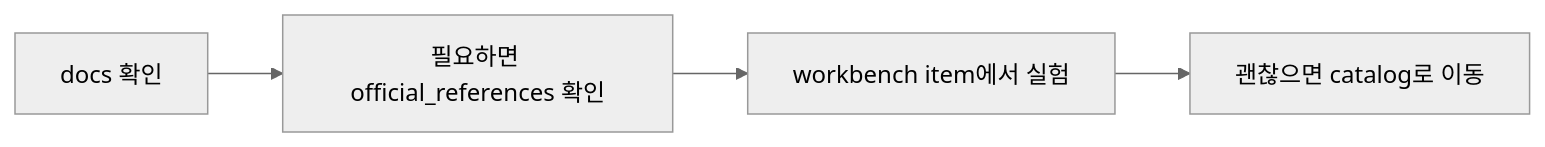
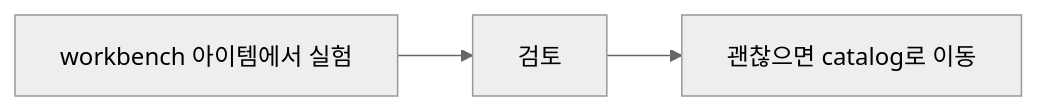
The second of 2 diagrams in README.md (EchidnaRezero/agent-guidance-customization), drawn with Mermaid (neutral theme) before and after one commit. The commit also changed other lines of this file and 36 other files, not shown here.

````diff
--- a/README.md
+++ b/README.md
@@ -22,6 +25,5 @@
 ```mermaid
 flowchart LR
-    A["docs 확인"] --> B["필요하면 official_references 확인"]
-    B --> C["workbench item에서 실험"]
-    C --> D["괜찮으면 catalog로 이동"]
+    A["workbench 아이템에서 실험"] --> B["검토"]
+    B --> C["괜찮으면 catalog로 이동"]
 ```
````
